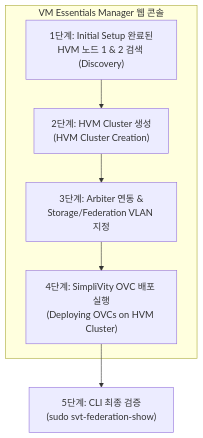
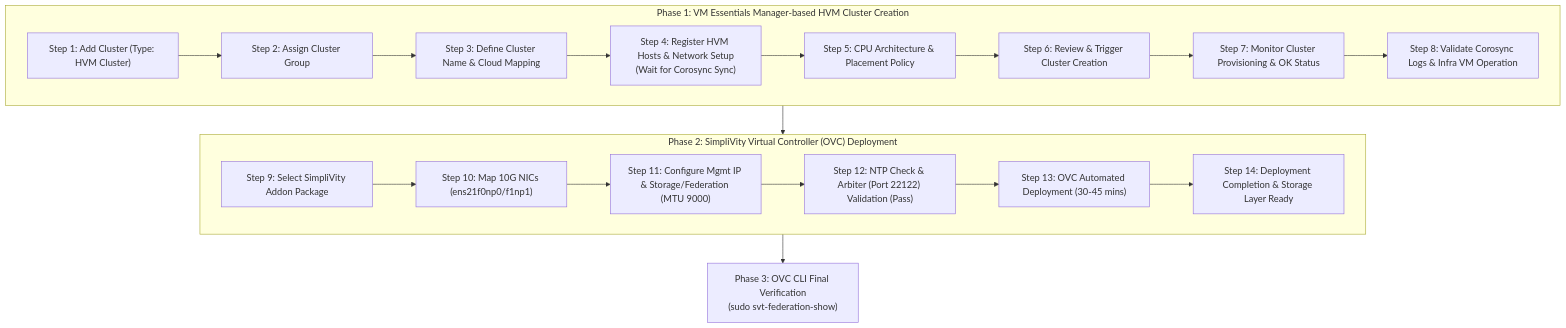
Before and after one commit to CheolKyunYU/cknotes: the diagram in content/posts/simplivity-04-hvm-cluster-ovc-deploy/index.en.md, drawn with Mermaid. The commit also changed other lines of this file and 35 other files, not shown here.

Commit message:
docs: update SimpliVity Step 4 with 20 sanitized UI screenshots and detailed guide (KO, EN, JP)

````diff
--- a/content/posts/simplivity-04-hvm-cluster-ovc-deploy/index.en.md
+++ b/content/posts/simplivity-04-hvm-cluster-ovc-deploy/index.en.md
@@ -44,11 +43,23 @@
 ```mermaid
 flowchart TD
-    subgraph VME_Console["VM Essentials Manager 웹 콘솔"]
-        StepA["1단계: Initial Setup 완료된<br/>HVM 노드 1 & 2 검색 (Discovery)"] --> StepB
-        StepB["2단계: HVM Cluster 생성<br/>(HVM Cluster Creation)"] --> StepC
-        StepC["3단계: Arbiter 연동 &<br/>Storage/Federation VLAN 지정"] --> StepD
-        StepD["4단계: SimpliVity OVC 배포 실행<br/>(Deploying OVCs on HVM Cluster)"]
+    subgraph Phase1["Phase 1: VM Essentials Manager-based HVM Cluster Creation"]
+        S1["Step 1: Add Cluster (Type: HVM Cluster)"] --> S2["Step 2: Assign Cluster Group"]
+        S2 --> S3["Step 3: Define Cluster Name & Cloud Mapping"]
+        S3 --> S4["Step 4: Register HVM Hosts & Network Setup<br/>(Wait for Corosync Sync)"]
+        S4 --> S5["Step 5: CPU Architecture & Placement Policy"]
+        S5 --> S6["Step 6: Review & Trigger Cluster Creation"]
+        S6 --> S7["Step 7: Monitor Cluster Provisioning & OK Status"]
+        S7 --> S8["Step 8: Validate Corosync Logs & Infra VM Operation"]
     end
 
-    StepD --> Validation["5단계: CLI 최종 검증<br/>(sudo svt-federation-show)"]
+    subgraph Phase2["Phase 2: SimpliVity Virtual Controller (OVC) Deployment"]
+        S9["Step 9: Select SimpliVity Addon Package"] --> S10["Step 10: Map 10G NICs (ens21f0np0/f1np1)"]
+        S10 --> S11["Step 11: Configure Mgmt IP & Storage/Federation (MTU 9000)"]
+        S11 --> S12["Step 12: NTP Check & Arbiter (Port 22122) Validation (Pass)"]
+        S12 --> S13["Step 13: OVC Automated Deployment (30-45 mins)"]
+        S13 --> S14["Step 14: Deployment Completion & Storage Layer Ready"]
+    end
+
+    Phase1 --> Phase2
+    Phase2 --> Verification["Phase 3: OVC CLI Final Verification<br/>(sudo svt-federation-show)"]
 ```
````
